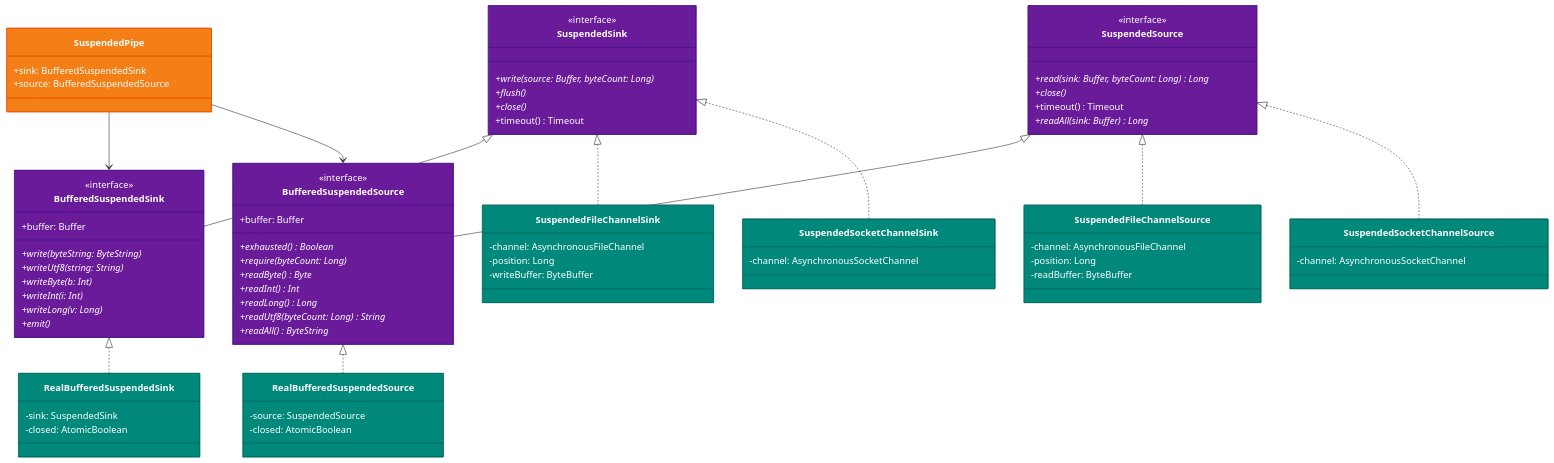
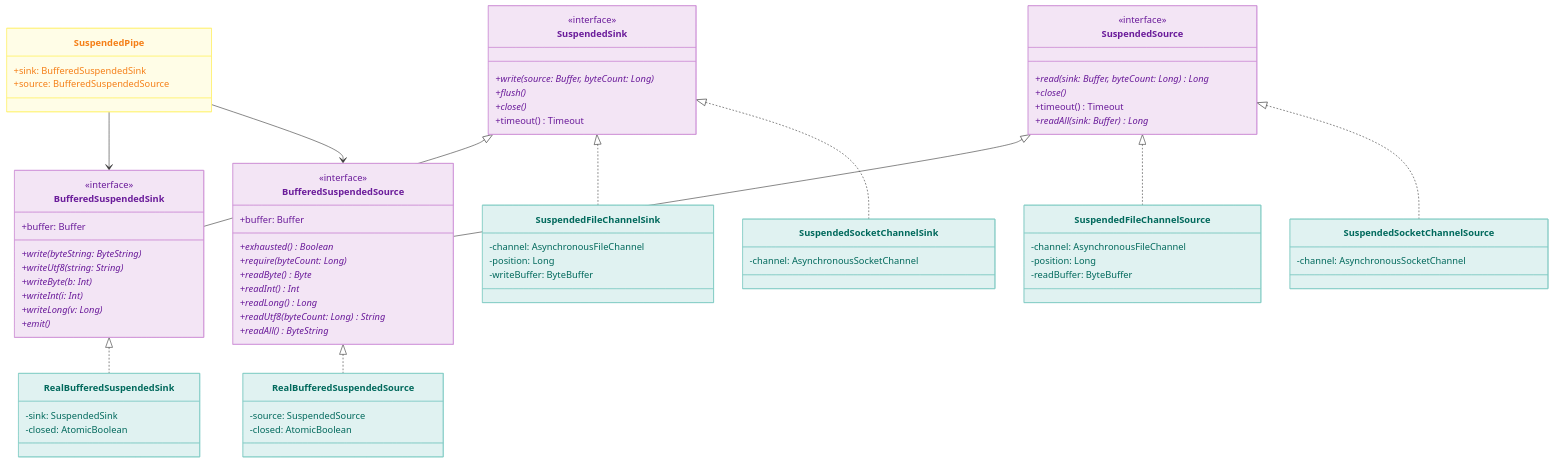
One commit to bluetape4k/bluetape4k-projects changed the third of 9 diagrams in io/okio/README.ko.md. Above: the diagram before and after it, drawn with Mermaid. The commit also changed other lines of this file and 219 other files, not shown here.

First line of the commit message:
docs: 전체 README Mermaid 다이어그램 가이드 적용

````diff
--- a/io/okio/README.ko.md
+++ b/io/okio/README.ko.md
@@ -514,15 +514,15 @@
     SuspendedPipe --> BufferedSuspendedSink
     SuspendedPipe --> BufferedSuspendedSource
 
-    style SuspendedSink fill:#6A1B9A,stroke:#4A148C,color:#FFFFFF
-    style SuspendedSource fill:#6A1B9A,stroke:#4A148C,color:#FFFFFF
-    style BufferedSuspendedSink fill:#6A1B9A,stroke:#4A148C,color:#FFFFFF
-    style BufferedSuspendedSource fill:#6A1B9A,stroke:#4A148C,color:#FFFFFF
-    style RealBufferedSuspendedSink fill:#00897B,stroke:#00695C,color:#FFFFFF
-    style RealBufferedSuspendedSource fill:#00897B,stroke:#00695C,color:#FFFFFF
-    style SuspendedFileChannelSink fill:#00897B,stroke:#00695C,color:#FFFFFF
-    style SuspendedFileChannelSource fill:#00897B,stroke:#00695C,color:#FFFFFF
-    style SuspendedSocketChannelSink fill:#00897B,stroke:#00695C,color:#FFFFFF
-    style SuspendedSocketChannelSource fill:#00897B,stroke:#00695C,color:#FFFFFF
-    style SuspendedPipe fill:#F57F17,stroke:#E65100,color:#FFFFFF
+    style SuspendedSink fill:#F3E5F5,stroke:#CE93D8,color:#6A1B9A
+    style SuspendedSource fill:#F3E5F5,stroke:#CE93D8,color:#6A1B9A
+    style BufferedSuspendedSink fill:#F3E5F5,stroke:#CE93D8,color:#6A1B9A
+    style BufferedSuspendedSource fill:#F3E5F5,stroke:#CE93D8,color:#6A1B9A
+    style RealBufferedSuspendedSink fill:#E0F2F1,stroke:#80CBC4,color:#00695C
+    style RealBufferedSuspendedSource fill:#E0F2F1,stroke:#80CBC4,color:#00695C
+    style SuspendedFileChannelSink fill:#E0F2F1,stroke:#80CBC4,color:#00695C
+    style SuspendedFileChannelSource fill:#E0F2F1,stroke:#80CBC4,color:#00695C
+    style SuspendedSocketChannelSink fill:#E0F2F1,stroke:#80CBC4,color:#00695C
+    style SuspendedSocketChannelSource fill:#E0F2F1,stroke:#80CBC4,color:#00695C
+    style SuspendedPipe fill:#FFFDE7,stroke:#FFF176,color:#F57F17
 ```
````
